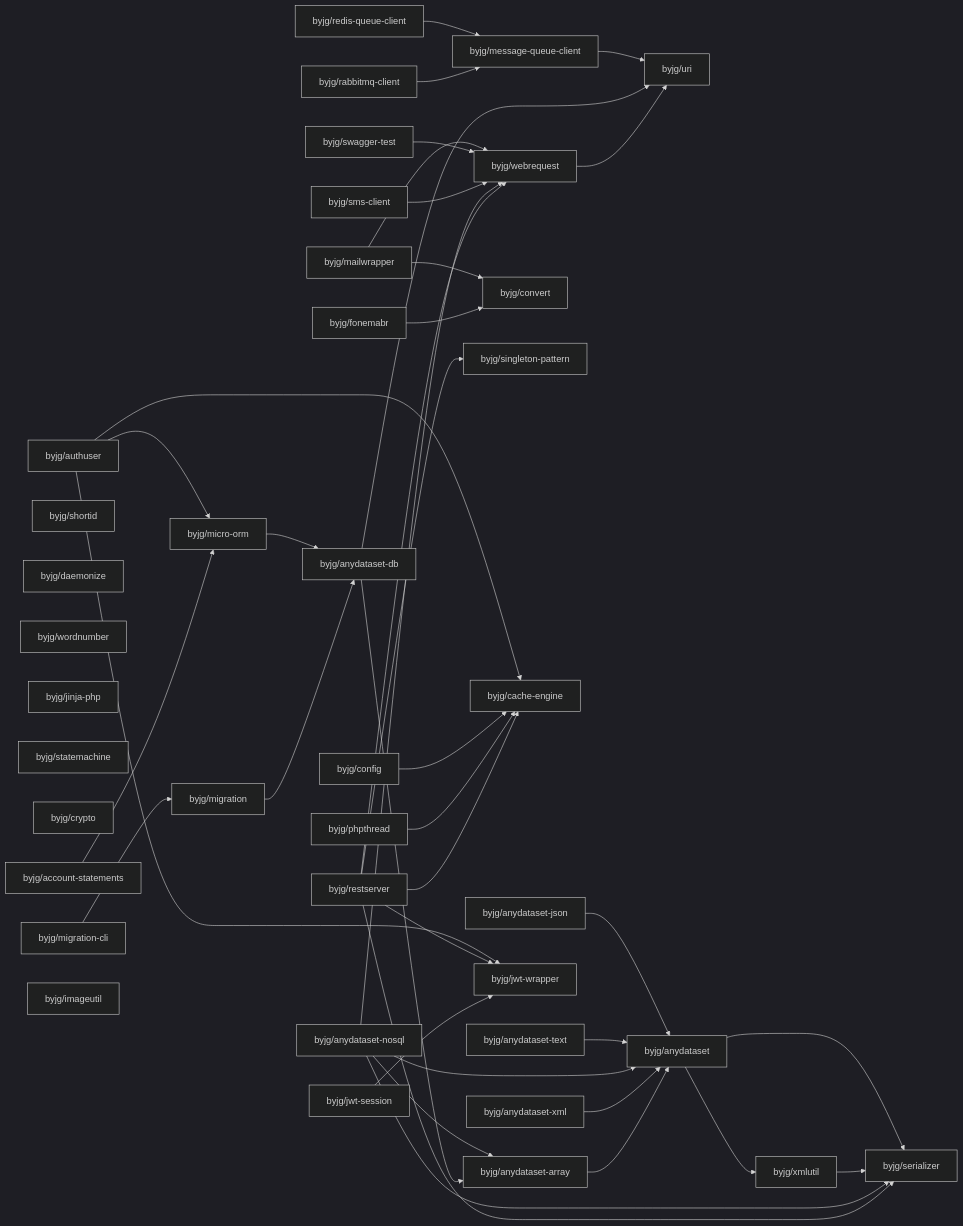
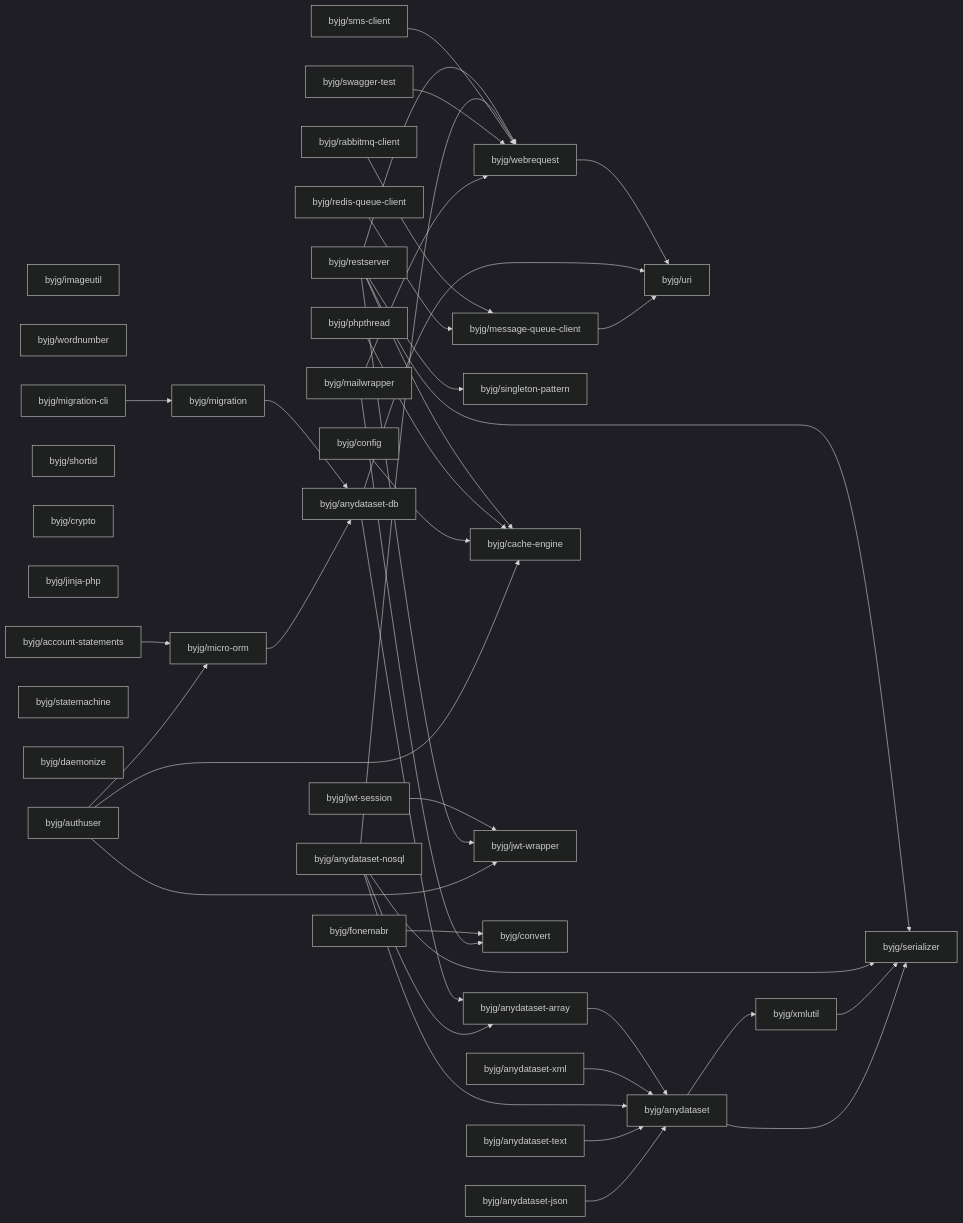
Before and after one commit to byjg/byjg.github.io: the diagram in docs/php/README.md, drawn with Mermaid (dark theme). The commit also changed other lines of this file and 3 other files, not shown here.

Commit message:
Update documentation 'php' 'php-restserver'

````diff
--- a/docs/php/README.md
+++ b/docs/php/README.md
@@ -3,78 +3,78 @@
 ```mermaid
 graph LR;
   byjg/sms-client;
-  byjg/authuser;
-  byjg/anydataset-xml;
-  byjg/swagger-test;
+  byjg/imageutil;
+  byjg/anydataset-text;
+  byjg/wordnumber;
+  byjg/jwt-session;
+  byjg/migration-cli;
+  byjg/config;
+  byjg/phpthread;
   byjg/shortid;
-  byjg/mailwrapper;
+  byjg/crypto;
+  byjg/restserver;
+  byjg/jinja-php;
+  byjg/rabbitmq-client;
+  byjg/redis-queue-client;
+  byjg/fonemabr;
+  byjg/account-statements;
+  byjg/statemachine;
   byjg/anydataset-nosql;
   byjg/daemonize;
-  byjg/fonemabr;
-  byjg/jwt-session;
-  byjg/rabbitmq-client;
-  byjg/wordnumber;
-  byjg/config;
-  byjg/anydataset-text;
-  byjg/jinja-php;
-  byjg/phpthread;
-  byjg/statemachine;
+  byjg/anydataset-xml;
+  byjg/authuser;
+  byjg/swagger-test;
+  byjg/mailwrapper;
   byjg/anydataset-json;
-  byjg/crypto;
-  byjg/migration-cli;
-  byjg/restserver;
-  byjg/account-statements;
-  byjg/redis-queue-client;
-  byjg/imageutil;
-  byjg/convert;
   byjg/migration;
   byjg/singleton-pattern;
+  byjg/message-queue-client;
+  byjg/micro-orm;
   byjg/cache-engine;
+  byjg/jwt-wrapper;
+  byjg/convert;
   byjg/webrequest;
-  byjg/jwt-wrapper;
-  byjg/micro-orm;
-  byjg/message-queue-client;
   byjg/anydataset-db;
   byjg/anydataset-array;
   byjg/uri;
   byjg/anydataset;
   byjg/xmlutil;
   byjg/serializer;
   byjg/account-statements --> byjg/micro-orm;
   byjg/fonemabr --> byjg/convert;
   byjg/webrequest --> byjg/uri;
   byjg/anydataset-array --> byjg/anydataset;
   byjg/anydataset-xml --> byjg/anydataset;
   byjg/rabbitmq-client --> byjg/message-queue-client;
   byjg/redis-queue-client --> byjg/message-queue-client;
   byjg/jwt-session --> byjg/jwt-wrapper;
   byjg/anydataset-db --> byjg/anydataset-array;
   byjg/anydataset-db --> byjg/uri;
   byjg/restserver --> byjg/serializer;
   byjg/restserver --> byjg/singleton-pattern;
   byjg/restserver --> byjg/cache-engine;
   byjg/restserver --> byjg/webrequest;
   byjg/restserver --> byjg/jwt-wrapper;
   byjg/migration --> byjg/anydataset-db;
   byjg/anydataset-nosql --> byjg/anydataset;
   byjg/anydataset-nosql --> byjg/anydataset-array;
   byjg/anydataset-nosql --> byjg/serializer;
   byjg/anydataset-nosql --> byjg/webrequest;
   byjg/phpthread --> byjg/cache-engine;
   byjg/sms-client --> byjg/webrequest;
   byjg/swagger-test --> byjg/webrequest;
   byjg/migration-cli --> byjg/migration;
   byjg/config --> byjg/cache-engine;
   byjg/anydataset-text --> byjg/anydataset;
   byjg/micro-orm --> byjg/anydataset-db;
   byjg/authuser --> byjg/micro-orm;
   byjg/authuser --> byjg/cache-engine;
   byjg/authuser --> byjg/jwt-wrapper;
   byjg/anydataset-json --> byjg/anydataset;
   byjg/mailwrapper --> byjg/convert;
   byjg/mailwrapper --> byjg/webrequest;
   byjg/xmlutil --> byjg/serializer;
   byjg/anydataset --> byjg/serializer;
   byjg/anydataset --> byjg/xmlutil;
   byjg/message-queue-client --> byjg/uri;
 ```
````
